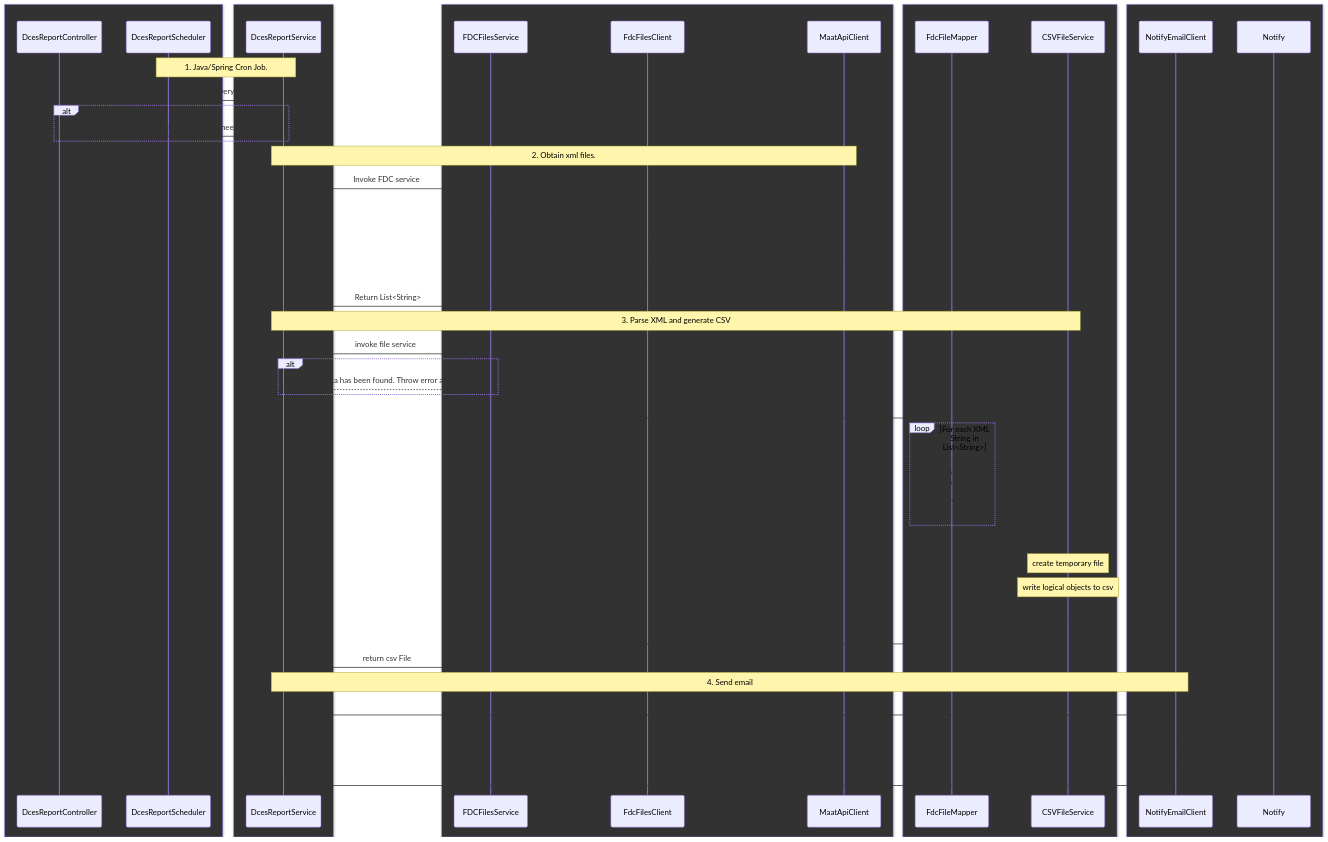
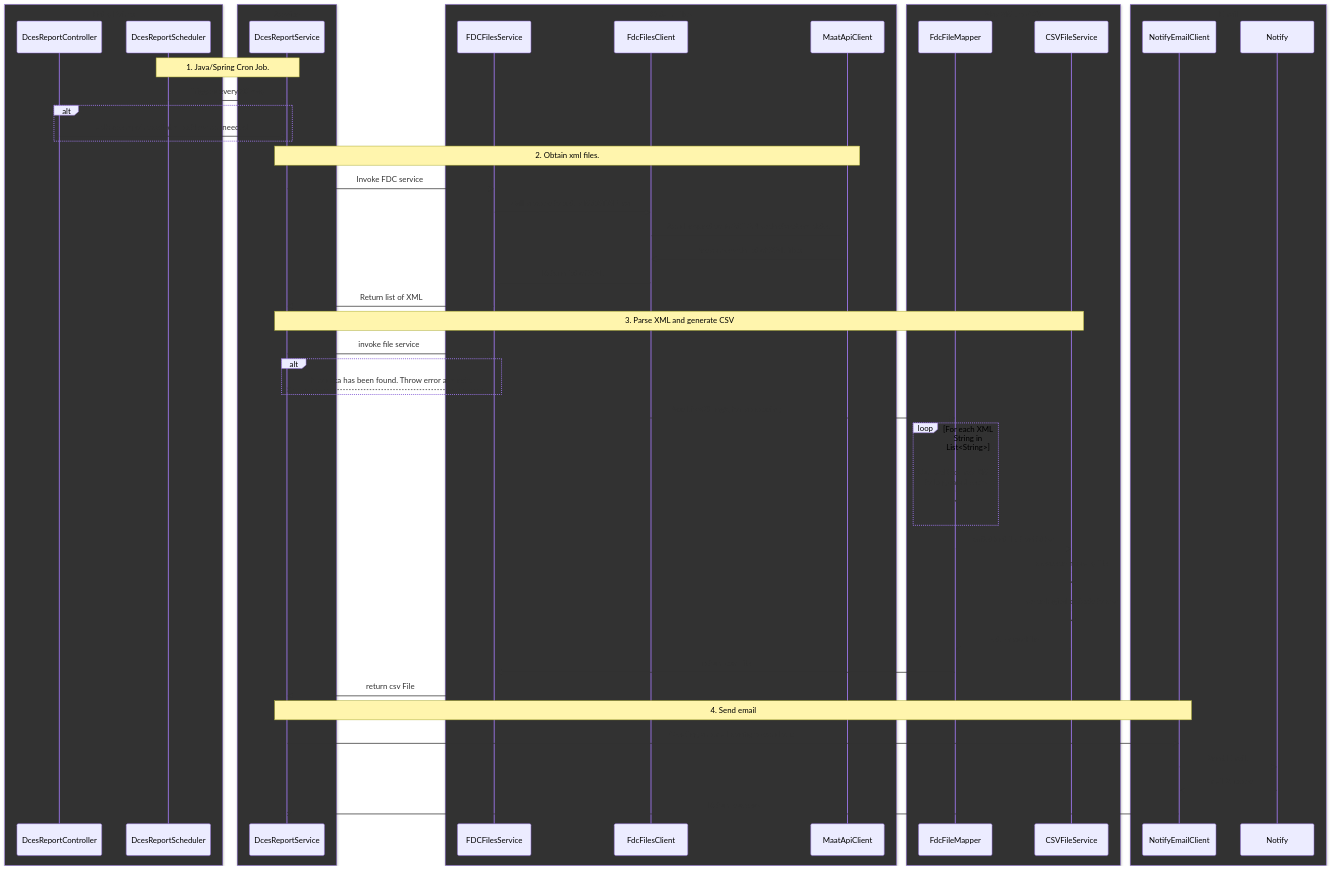
The diagram in dces-report-service/docs/fdc_process_overview.md (ministryofjustice/laa-dces-report-service), drawn with Mermaid before and after one commit. The commit also changed 2 other files, not shown here.

Commit message:
Adding contributions diagrams for process.

````diff
--- a/dces-report-service/docs/fdc_process_overview.md
+++ b/dces-report-service/docs/fdc_process_overview.md
@@ -1,74 +1,74 @@
 ```mermaid
 sequenceDiagram
 
     box rgb(50,50,50) Entry Points
     participant DcesReportController
     participant DcesReportScheduler
     end
 
     box rgb(50,50,50) Service
     participant DcesReportService
     end
 
 
     box rgb(50,50,50) Obtain Files
     participant FDCFilesService
     participant FdcFilesClient
     participant MaatApiClient
     end
 
     box rgb(50,50,50) Map XML to CSV
     participant FdcFileMapper
     participant CSVFileService
     end
     
     
 
     box rgb(50,50,50) Email
         participant NotifyEmailClient
         participant Notify
     end
 
 Note over DcesReportScheduler ,DcesReportService: 1. Java/Spring Cron Job.
-        DcesReportScheduler->>DcesReportService: Trigger every 30-day  
+        DcesReportScheduler->>DcesReportService: Triggers every 30-day  
         alt 
             DcesReportController->>DcesReportService:  adhoc endpoint called directly when needed
         end
         Note over DcesReportService ,MaatApiClient: 2. Obtain xml files.
         DcesReportService->>FDCFilesService: Invoke FDC service
         
         FDCFilesService->>FdcFilesClient: Call process to setup MAAT API call
         FdcFilesClient->>MaatApiClient: Send request to MAAT API with start/end date.
-        MaatApiClient->>FdcFilesClient: Response with List<String> of XML files.
-        FdcFilesClient->>FDCFilesService: Return List<String>
-        FDCFilesService->>DcesReportService: Return List<String>
+        MaatApiClient->>FdcFilesClient: Response with list of XML files.
+        FdcFilesClient->>FDCFilesService: Return list of XML
+        FDCFilesService->>DcesReportService: Return list of XML
 
 Note over DcesReportService, CSVFileService : 3. Parse XML and generate CSV
 
 
         DcesReportService->>+FDCFilesService: invoke file service
         
         alt
             FDCFilesService--xDcesReportService :  If no data has been found. Throw error and exit.
         end
         FDCFilesService->>FdcFileMapper: Pass List<String>, for processing
         
         loop For each XML String in List<String>
             FdcFileMapper->>FdcFileMapper: Run JaxB to map XML <br> to Logical Objects
         end
 
         FdcFileMapper->>CSVFileService: writeContributionToCsv
-        Note over CSVFileService: create temporary file
-        Note over CSVFileService: write logical objects to csv
+        CSVFileService->>CSVFileService: create temporary file
+        CSVFileService->>CSVFileService: write logical objects to csv
         CSVFileService->>FdcFileMapper: return csv File
         FdcFileMapper->>FDCFilesService: return csv File
         FDCFilesService ->> DcesReportService: return csv File
 
     Note over DcesReportService, NotifyEmailClient: 4. Send email
     DcesReportService->>NotifyEmailClient: Creating an email config to send out.
     NotifyEmailClient->>Notify: Send Email.
     Notify->>NotifyEmailClient: Email Success
     NotifyEmailClient-xDcesReportService: Return success
     
 
 ```
````
